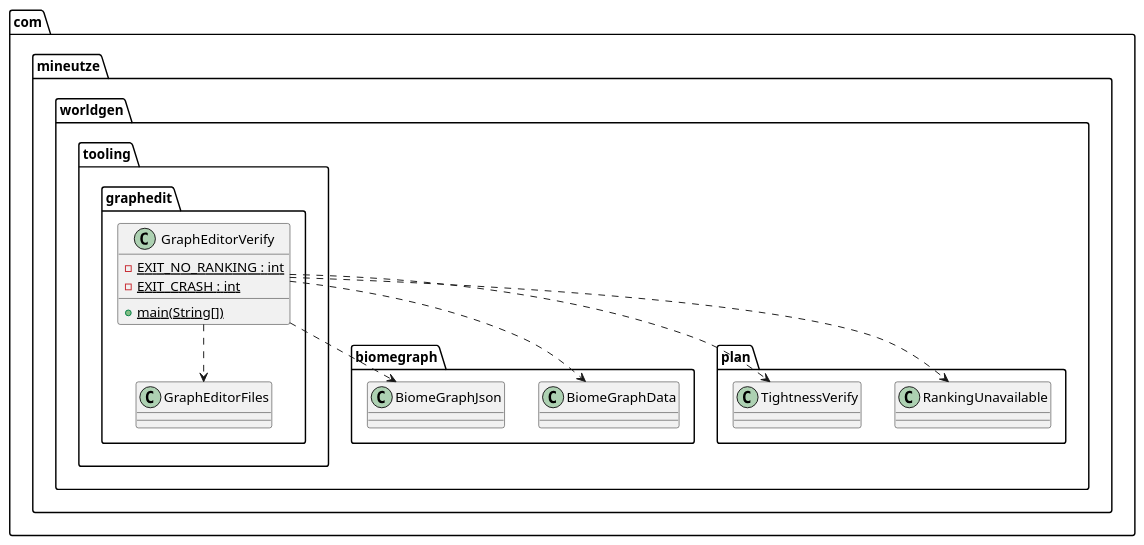
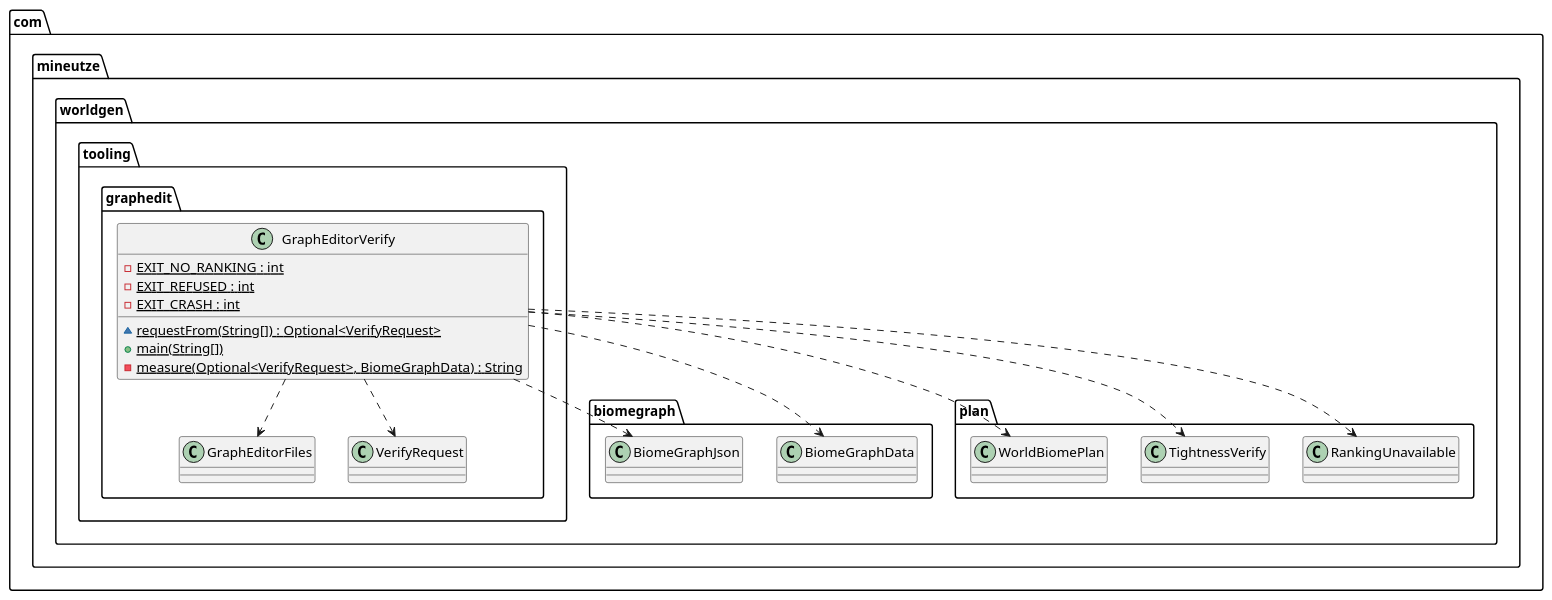
The diagram in companion-mods/mineutze-worldgen/doc/Modelisation/Fragments-Full/com/mineutze/worldgen/tooling/graphedit/GraphEditorVerify.puml (Boulede987/Mine-Utz), drawn with PlantUML before and after one commit. The commit also changed 41 other files, not shown here.

Commit message:
docs(worldgen): regenerate class diagrams for Verify picks

```diff
--- a/companion-mods/mineutze-worldgen/doc/Modelisation/Fragments-Full/com/mineutze/worldgen/tooling/graphedit/GraphEditorVerify.puml
+++ b/companion-mods/mineutze-worldgen/doc/Modelisation/Fragments-Full/com/mineutze/worldgen/tooling/graphedit/GraphEditorVerify.puml
@@ -1,13 +1,18 @@
 namespace com.mineutze.worldgen.tooling.graphedit {
 class GraphEditorVerify {
   - {static} EXIT_NO_RANKING : int
+  - {static} EXIT_REFUSED : int
   - {static} EXIT_CRASH : int
+  ~ {static} requestFrom(String[]) : Optional<VerifyRequest>
   + {static} main(String[])
+  - {static} measure(Optional<VerifyRequest>, BiomeGraphData) : String
 }
 }
 
 com.mineutze.worldgen.tooling.graphedit.GraphEditorVerify ..> com.mineutze.worldgen.biomegraph.BiomeGraphData
 com.mineutze.worldgen.tooling.graphedit.GraphEditorVerify ..> com.mineutze.worldgen.biomegraph.BiomeGraphJson
 com.mineutze.worldgen.tooling.graphedit.GraphEditorVerify ..> com.mineutze.worldgen.tooling.graphedit.GraphEditorFiles
 com.mineutze.worldgen.tooling.graphedit.GraphEditorVerify ..> com.mineutze.worldgen.plan.RankingUnavailable
 com.mineutze.worldgen.tooling.graphedit.GraphEditorVerify ..> com.mineutze.worldgen.plan.TightnessVerify
+com.mineutze.worldgen.tooling.graphedit.GraphEditorVerify ..> com.mineutze.worldgen.tooling.graphedit.VerifyRequest
+com.mineutze.worldgen.tooling.graphedit.GraphEditorVerify ..> com.mineutze.worldgen.plan.WorldBiomePlan
```
